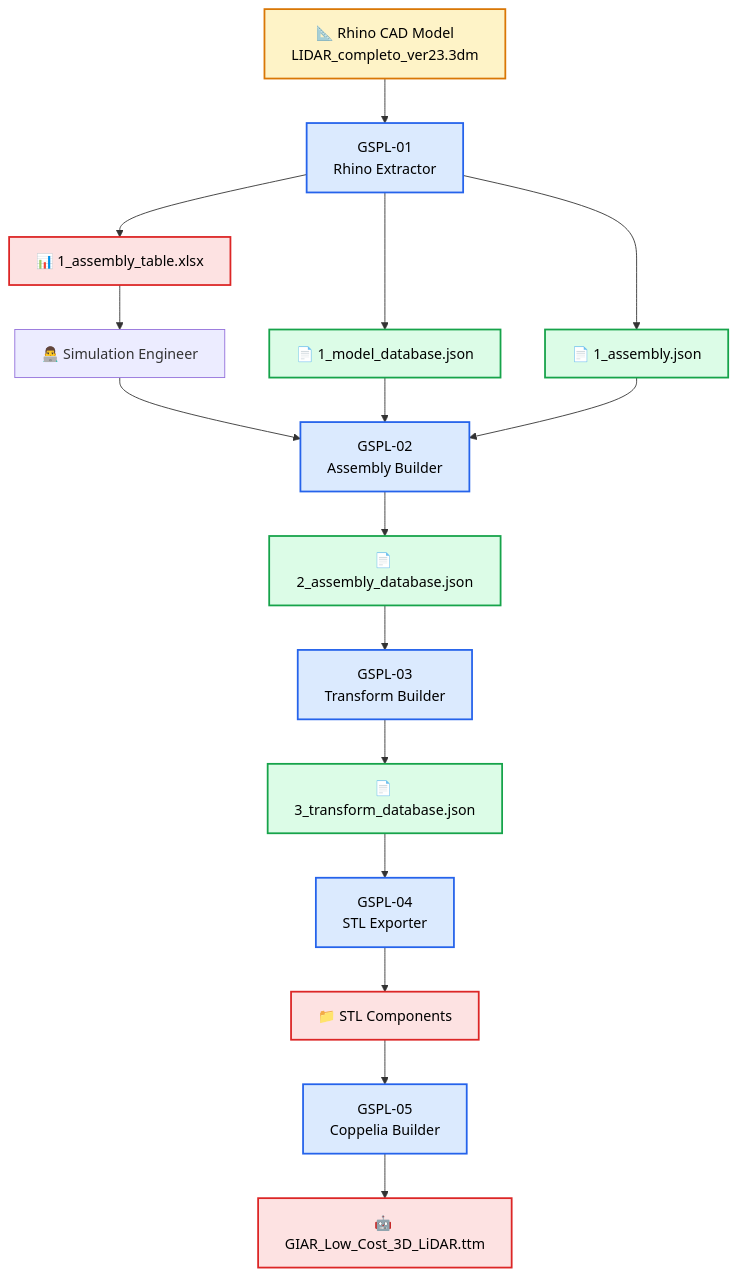
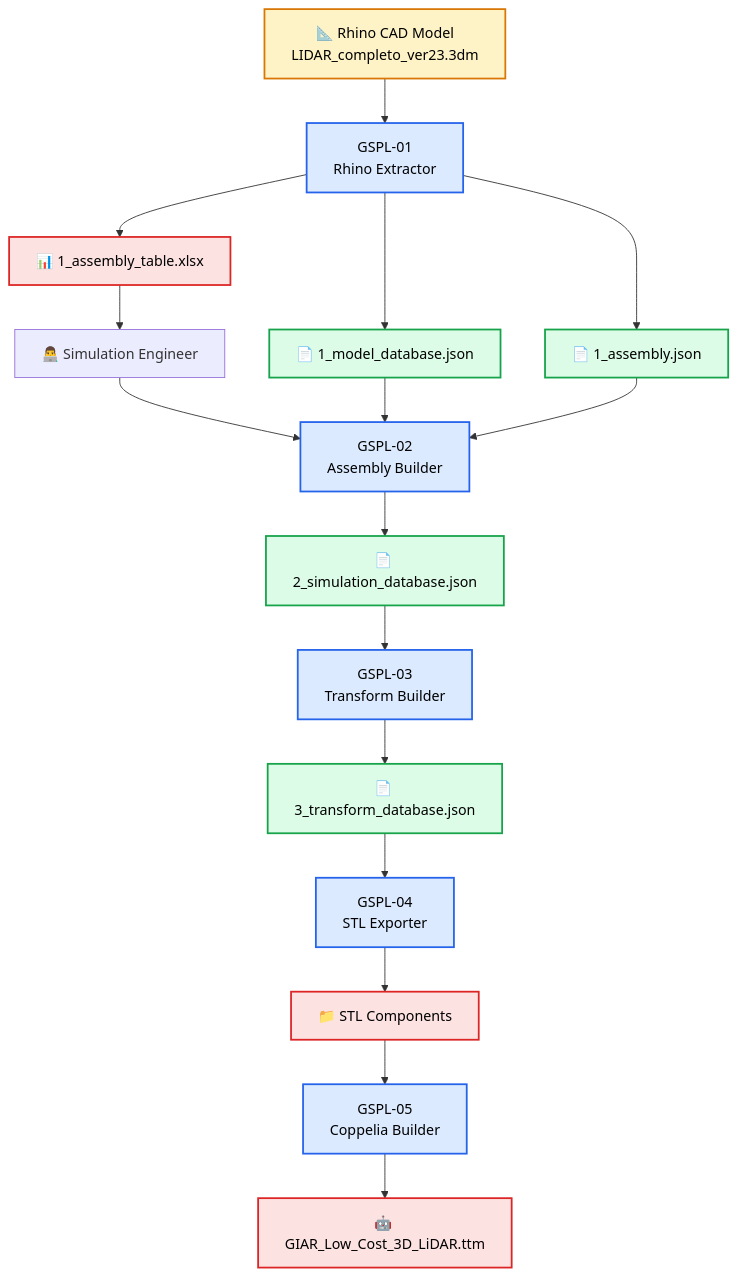
One commit to PabloFolino/GIAR-GIAR-Simulation-Pipeline-LiDAR changed the diagram in README.md. Above: the diagram before and after it, drawn with Mermaid. The commit also changed other lines of this file and 25 other files, not shown here.

````diff
--- a/README.md
+++ b/README.md
@@ -59,70 +59,70 @@
 ```mermaid
 flowchart TB
 
     A["📐 Rhino CAD Model<br/>LIDAR_completo_ver23.3dm"]
 
     B["GSPL-01<br/>Rhino Extractor"]
 
     C["📄 1_model_database.json"]
 
     D["📄 1_assembly.json"]
 
     E["📊 1_assembly_table.xlsx"]
 
     F["👨‍💻 Simulation Engineer"]
 
     G["GSPL-02<br/>Assembly Builder"]
 
-    H["📄 2_assembly_database.json"]
+    H["📄 2_simulation_database.json"]
 
     I["GSPL-03<br/>Transform Builder"]
 
     J["📄 3_transform_database.json"]
 
     K["GSPL-04<br/>STL Exporter"]
 
     L["📁 STL Components"]
 
     M["GSPL-05<br/>Coppelia Builder"]
 
     N["🤖 GIAR_Low_Cost_3D_LiDAR.ttm"]
 
     A --> B
 
     B --> C
     B --> D
     B --> E
 
     E --> F
     F --> G
 
     C --> G
     D --> G
 
     G --> H
 
     H --> I
 
     I --> J
 
     J --> K
 
     K --> L
 
     L --> M
 
     M --> N
 
     classDef program fill:#dbeafe,stroke:#2563eb,stroke-width:2px,color:#000;
     classDef database fill:#dcfce7,stroke:#16a34a,stroke-width:2px,color:#000;
     classDef cad fill:#fef3c7,stroke:#d97706,stroke-width:2px,color:#000;
     classDef output fill:#fde2e2,stroke:#dc2626,stroke-width:2px,color:#000;
 
     class A cad;
 
     class B,G,I,K,M program;
 
     class C,D,H,J database;
 
     class E,L,N output;
 ```
````
